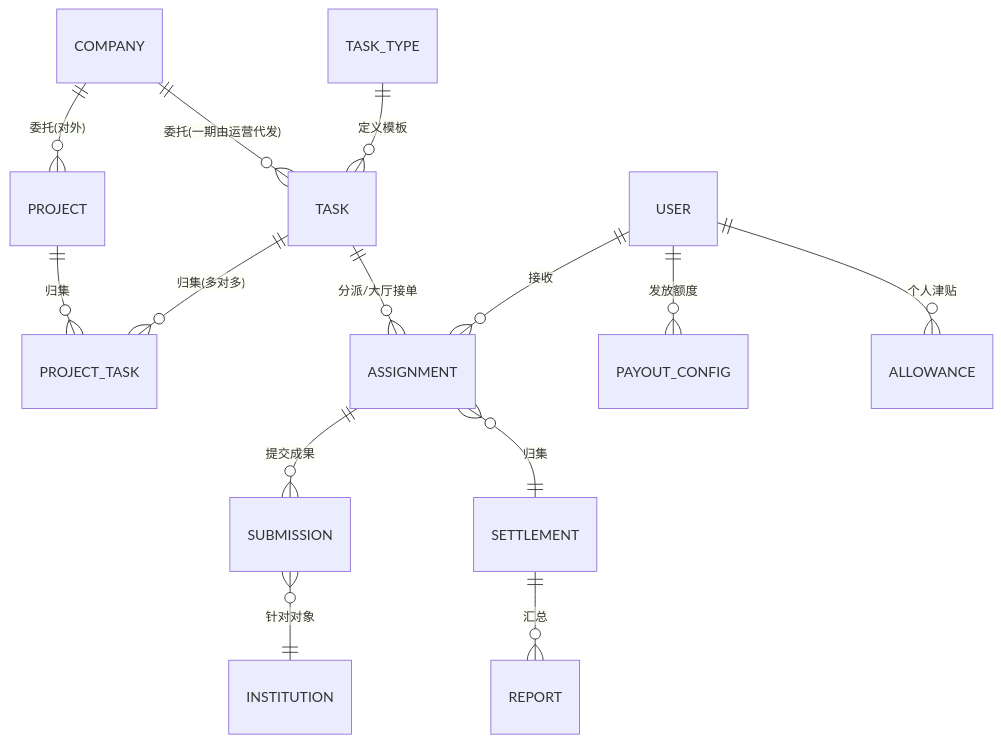
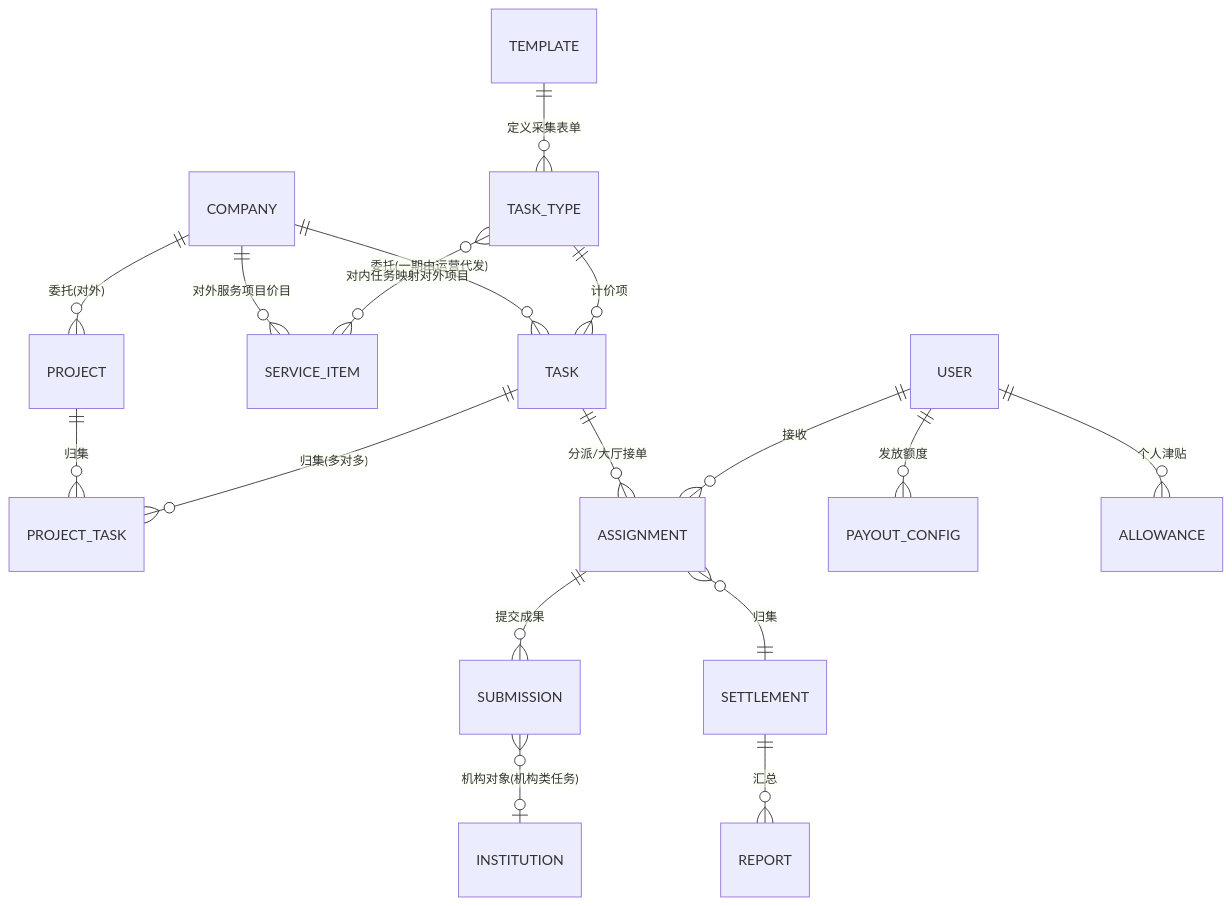
The second of 6 diagrams in docs/02-系统设计文档.md (Echo-Note/FastapiAdmin), drawn with Mermaid before and after one commit. The commit also changed other lines of this file and 2 other files, not shown here.

````diff
--- a/docs/02-系统设计文档.md
+++ b/docs/02-系统设计文档.md
@@ -76,16 +78,19 @@
 ```mermaid
 erDiagram
     COMPANY ||--o{ PROJECT : "委托(对外)"
+    COMPANY ||--o{ SERVICE_ITEM : "对外服务项目价目"
     COMPANY ||--o{ TASK : "委托(一期由运营代发)"
-    TASK_TYPE ||--o{ TASK : "定义模板"
+    TEMPLATE ||--o{ TASK_TYPE : "定义采集表单"
+    TASK_TYPE ||--o{ TASK : "计价项"
+    TASK_TYPE }o--o{ SERVICE_ITEM : "对内任务映射对外项目"
     PROJECT ||--o{ PROJECT_TASK : "归集"
     TASK ||--o{ PROJECT_TASK : "归集(多对多)"
     TASK ||--o{ ASSIGNMENT : "分派/大厅接单"
     USER ||--o{ ASSIGNMENT : "接收"
     ASSIGNMENT ||--o{ SUBMISSION : "提交成果"
-    SUBMISSION }o--|| INSTITUTION : "针对对象"
+    SUBMISSION }o--o| INSTITUTION : "机构对象(机构类任务)"
     ASSIGNMENT }o--|| SETTLEMENT : "归集"
     USER ||--o{ PAYOUT_CONFIG : "发放额度"
     USER ||--o{ ALLOWANCE : "个人津贴"
     SETTLEMENT ||--o{ REPORT : "汇总"
 ```
````
